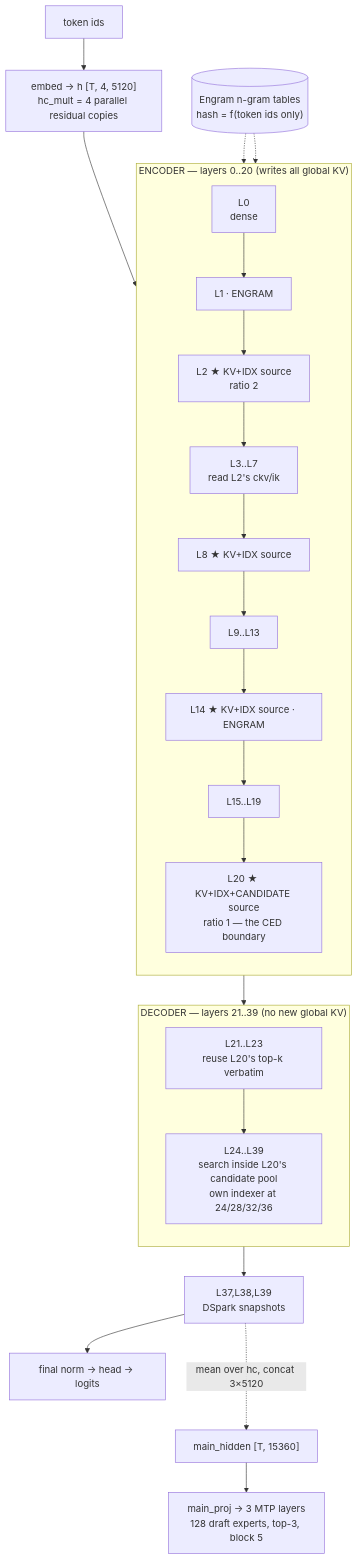
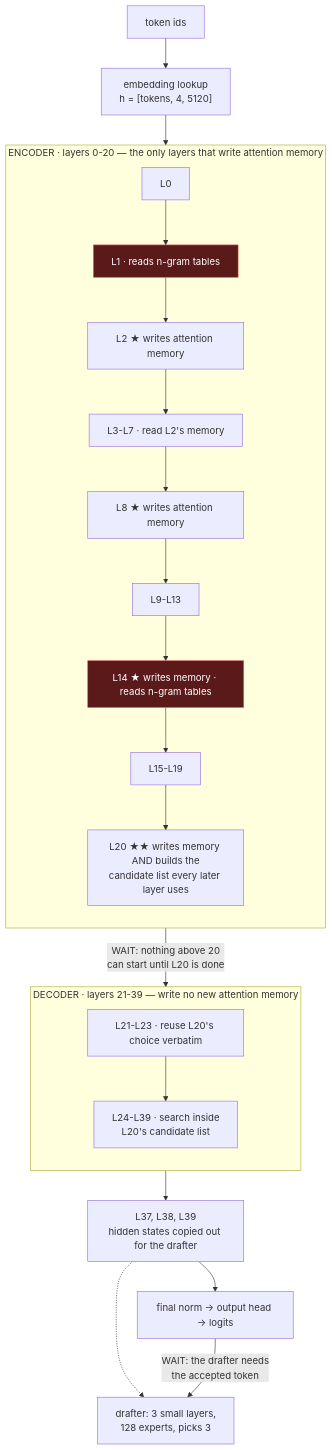
The first of 4 diagrams in notes/model-dependency-graph.md (jschmied/deepseek-moe-gb10), drawn with Mermaid before and after one commit. The commit also changed other lines of this file, not shown here.

````diff
--- a/notes/model-dependency-graph.md
+++ b/notes/model-dependency-graph.md
@@ -12,28 +37,30 @@
 ```mermaid
 flowchart TB
-  tok["token ids"] --> emb["embed → h [T, 4, 5120]<br/>hc_mult = 4 parallel residual copies"]
+  tok["token ids"] --> emb["embedding lookup<br/>h = [tokens, 4, 5120]"]
   emb --> L0
 
-  subgraph ENC["ENCODER — layers 0..20 (writes all global KV)"]
+  subgraph ENC["ENCODER · layers 0-20 — the only layers that write attention memory"]
     direction TB
-    L0["L0<br/>dense"] --> L1["L1 · ENGRAM"] --> L2["L2 ★ KV+IDX source<br/>ratio 2"]
-    L2 --> L3_7["L3..L7<br/>read L2's ckv/ik"]
-    L3_7 --> L8["L8 ★ KV+IDX source"] --> L9_13["L9..L13"]
-    L9_13 --> L14["L14 ★ KV+IDX source · ENGRAM"] --> L15_19["L15..L19"]
-    L15_19 --> L20["L20 ★ KV+IDX+CANDIDATE source<br/>ratio 1 — the CED boundary"]
+    L0["L0"] --> L1["L1 · reads n-gram tables"]:::io
+    L1 --> L2["L2 ★ writes attention memory"]
+    L2 --> L3_7["L3-L7 · read L2's memory"]
+    L3_7 --> L8["L8 ★ writes attention memory"]
+    L8 --> L9_13["L9-L13"]
+    L9_13 --> L14["L14 ★ writes memory · reads n-gram tables"]:::io
+    L14 --> L15_19["L15-L19"]
+    L15_19 --> L20["L20 ★★ writes memory AND builds the<br/>candidate list every later layer uses"]
   end
 
-  subgraph DEC["DECODER — layers 21..39 (no new global KV)"]
+  subgraph DEC["DECODER · layers 21-39 — write no new attention memory"]
     direction TB
-    L21_23["L21..L23<br/>reuse L20's top-k verbatim"] --> L24_39["L24..L39<br/>search inside L20's candidate pool<br/>own indexer at 24/28/32/36"]
+    L21_23["L21-L23 · reuse L20's choice verbatim"] --> L24_39["L24-L39 · search inside<br/>L20's candidate list"]
   end
 
-  L20 --> L21_23
-  L24_39 --> D37["L37,L38,L39<br/>DSpark snapshots"]
-  D37 --> norm["final norm → head → logits"]
-  D37 -."mean over hc, concat 3×5120"..-> mainh["main_hidden [T, 15360]"]
-  mainh --> mtp["main_proj → 3 MTP layers<br/>128 draft experts, top-3, block 5"]
+  L20 -->|"WAIT: nothing above 20<br/>can start until L20 is done"| L21_23
+  L24_39 --> snap["L37, L38, L39<br/>hidden states copied out for the drafter"]
+  snap --> head["final norm → output head → logits"]
+  snap -.-> mtp["drafter: 3 small layers,<br/>128 experts, picks 3"]
+  head -->|"WAIT: the drafter needs<br/>the accepted token"| mtp
 
-  eg[("Engram n-gram tables<br/>hash = f(token ids only)")] -.-> L1
-  eg -.-> L14
+  classDef io fill:#5a1a1a,stroke:#d66,color:#fff
 ```
````
